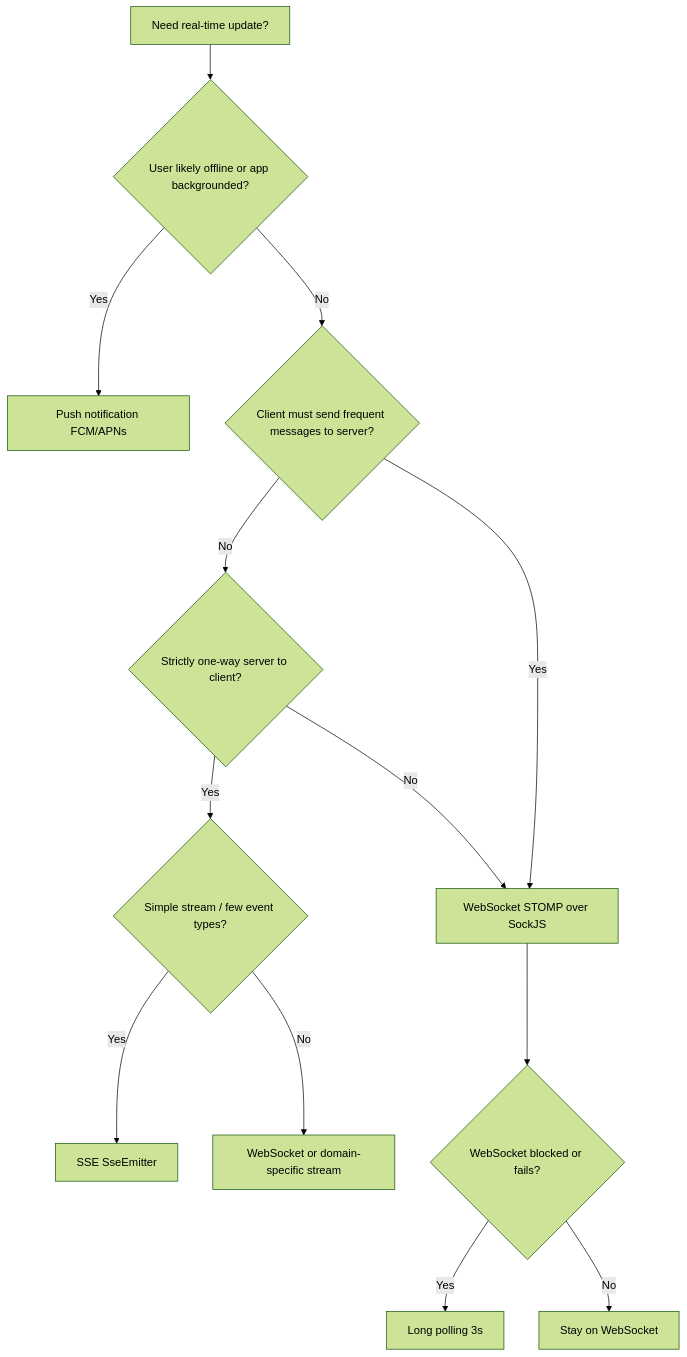
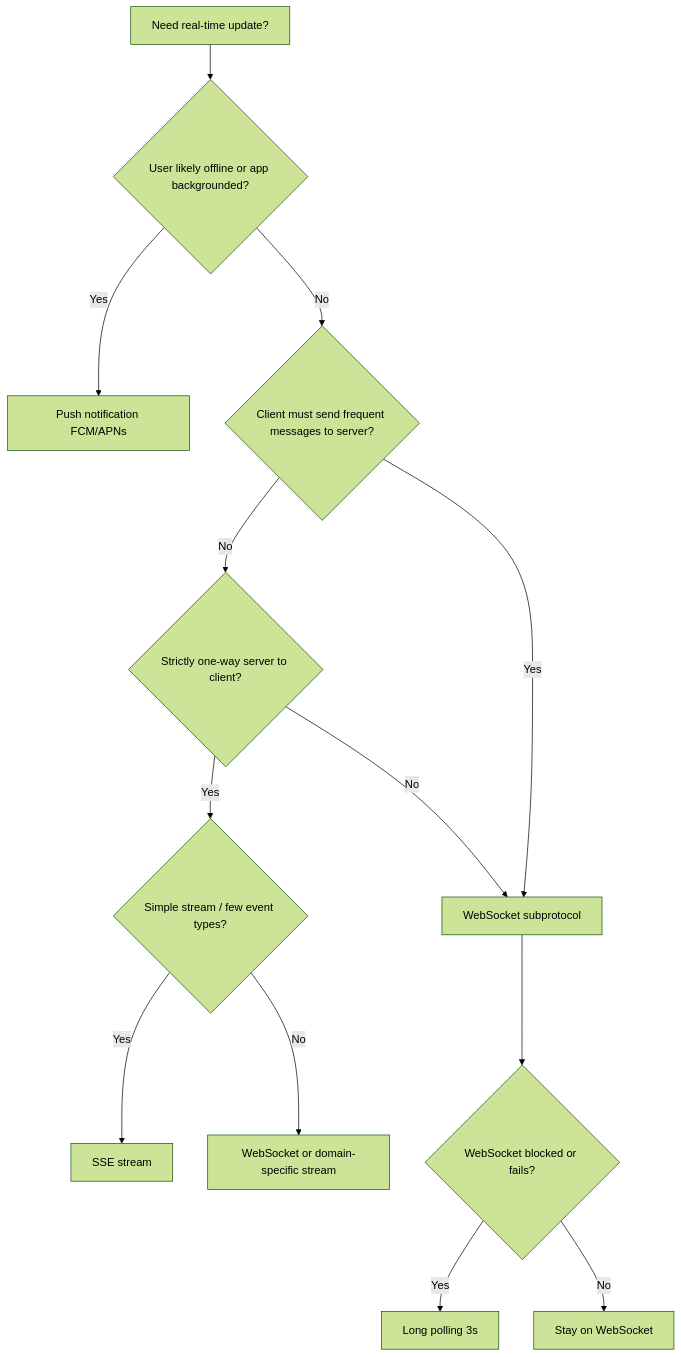
The first of 7 diagrams in 02-architecture-and-api/04-real-time-architecture.md (rishikeshdhokare/platform-manifesto), drawn with Mermaid (forest theme) before and after one commit. The commit also changed other lines of this file and 64 other files, not shown here.

````diff
--- a/02-architecture-and-api/04-real-time-architecture.md
+++ b/02-architecture-and-api/04-real-time-architecture.md
@@ -38,15 +40,15 @@
 ```mermaid
 flowchart TD
     A[Need real-time update?] --> B{User likely offline or app backgrounded?}
     B -->|Yes| C[Push notification FCM/APNs]
     B -->|No| D{Client must send frequent messages to server?}
-    D -->|Yes| E[WebSocket STOMP over SockJS]
+    D -->|Yes| E[WebSocket subprotocol]
     D -->|No| F{Strictly one-way server to client?}
     F -->|Yes| G{Simple stream / few event types?}
-    G -->|Yes| H[SSE SseEmitter]
+    G -->|Yes| H[SSE stream]
     G -->|No| I[WebSocket or domain-specific stream]
     F -->|No| E
     E --> J{WebSocket blocked or fails?}
     J -->|Yes| K[Long polling 3s]
     J -->|No| L[Stay on WebSocket]
 ```
````
